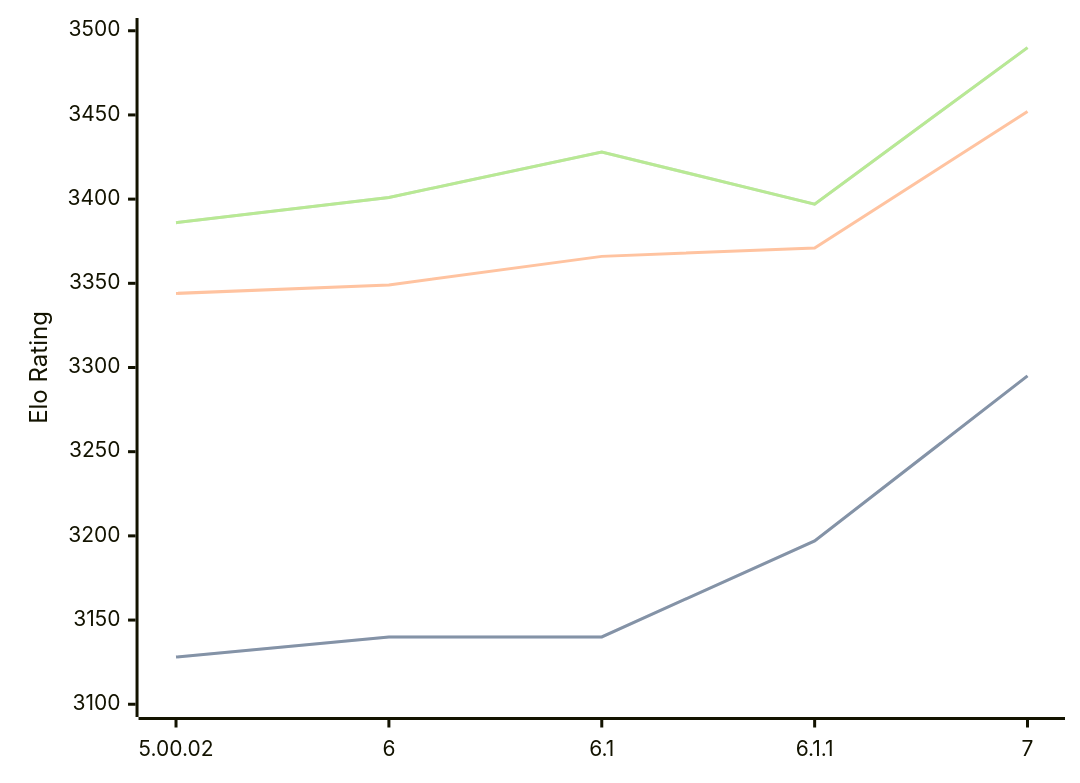
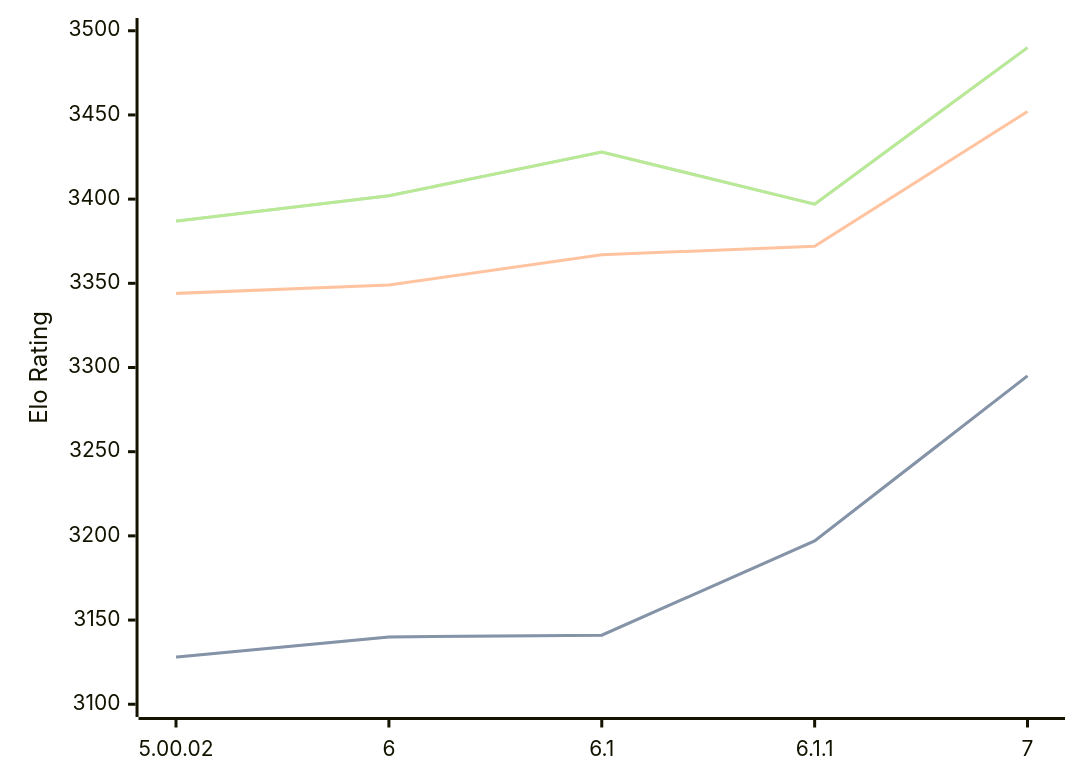
The diagram in engines/Zangdar.md (computer-chess-index/cci), drawn with Mermaid before and after one commit. The commit also changed other lines of this file, not shown here.

Commit message:
Update CCI Ratings (ELO VLTC) - 2026-08-20

````diff
--- a/engines/Zangdar.md
+++ b/engines/Zangdar.md
@@ -35,11 +35,11 @@
 ```mermaid
 %%{init: {"theme":"base","themeVariables":{"seriesColors:['#a3a3a3','#222221','#faa371']}}}%%
 xychart-beta
   x-axis ["5.00.02", "6", "6.1", "6.1.1", "7"]
   y-axis "Elo Rating" 3100 --> 3500
-  line "STC (8.0+0.08s)" [3128, 3140, 3140, 3197, 3295]
-  line "STC (8.0+0.08s)" [3128, 3140, 3140, 3197, 3295]
-  line "LTC (60.0+0.60s)" [3344, 3349, 3366, 3371, 3452]
-  line "VLTC (2m24s+1.12s)" [3386, 3401, 3428, 3397, 3490]
-  line "VLTC (2m24s+1.12s)" [3386, 3401, 3428, 3397, 3490]
+  line "STC (8.0+0.08s)" [3128, 3140, 3141, 3197, 3295]
+  line "STC (8.0+0.08s)" [3128, 3140, 3141, 3197, 3295]
+  line "LTC (60.0+0.60s)" [3344, 3349, 3367, 3372, 3452]
+  line "VLTC (2m24s+1.12s)" [3387, 3402, 3428, 3397, 3490]
+  line "VLTC (2m24s+1.12s)" [3387, 3402, 3428, 3397, 3490]
 ```
````
